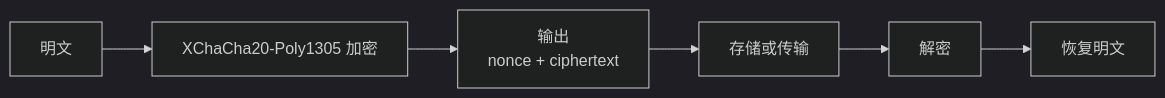
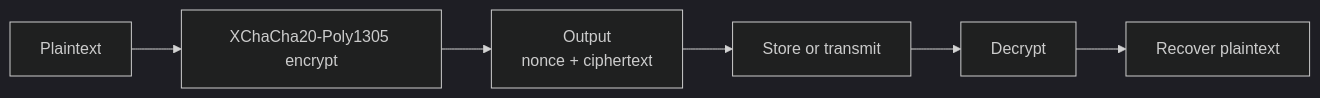
Before and after one commit to Kirky-X/confers: the third of 3 diagrams in docs/en/API_REFERENCE.md, drawn with Mermaid (dark theme). The commit also changed other lines of this file and 16 other files, not shown here.

````diff
--- a/docs/en/API_REFERENCE.md
+++ b/docs/en/API_REFERENCE.md
@@ -986,8 +986,8 @@
 ```mermaid
 graph LR
-    A["明文"] --> B["XChaCha20-Poly1305 加密"]
-    B --> C["输出<br/>nonce + ciphertext"]
-    C --> D["存储或传输"]
-    D --> E["解密"]
-    E --> F["恢复明文"]
+    A["Plaintext"] --> B["XChaCha20-Poly1305 encrypt"]
+    B --> C["Output<br/>nonce + ciphertext"]
+    C --> D["Store or transmit"]
+    D --> E["Decrypt"]
+    E --> F["Recover plaintext"]
 ```
````
